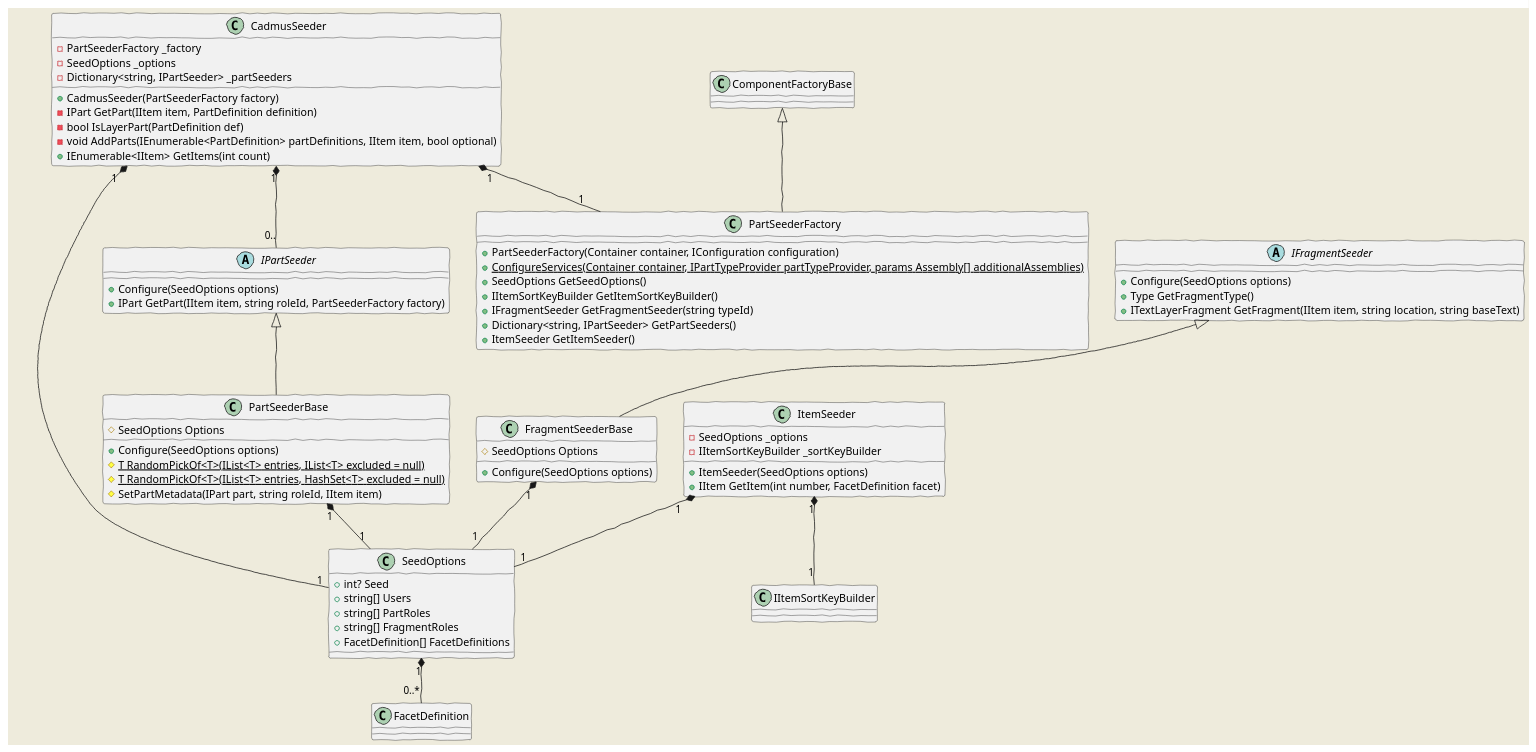
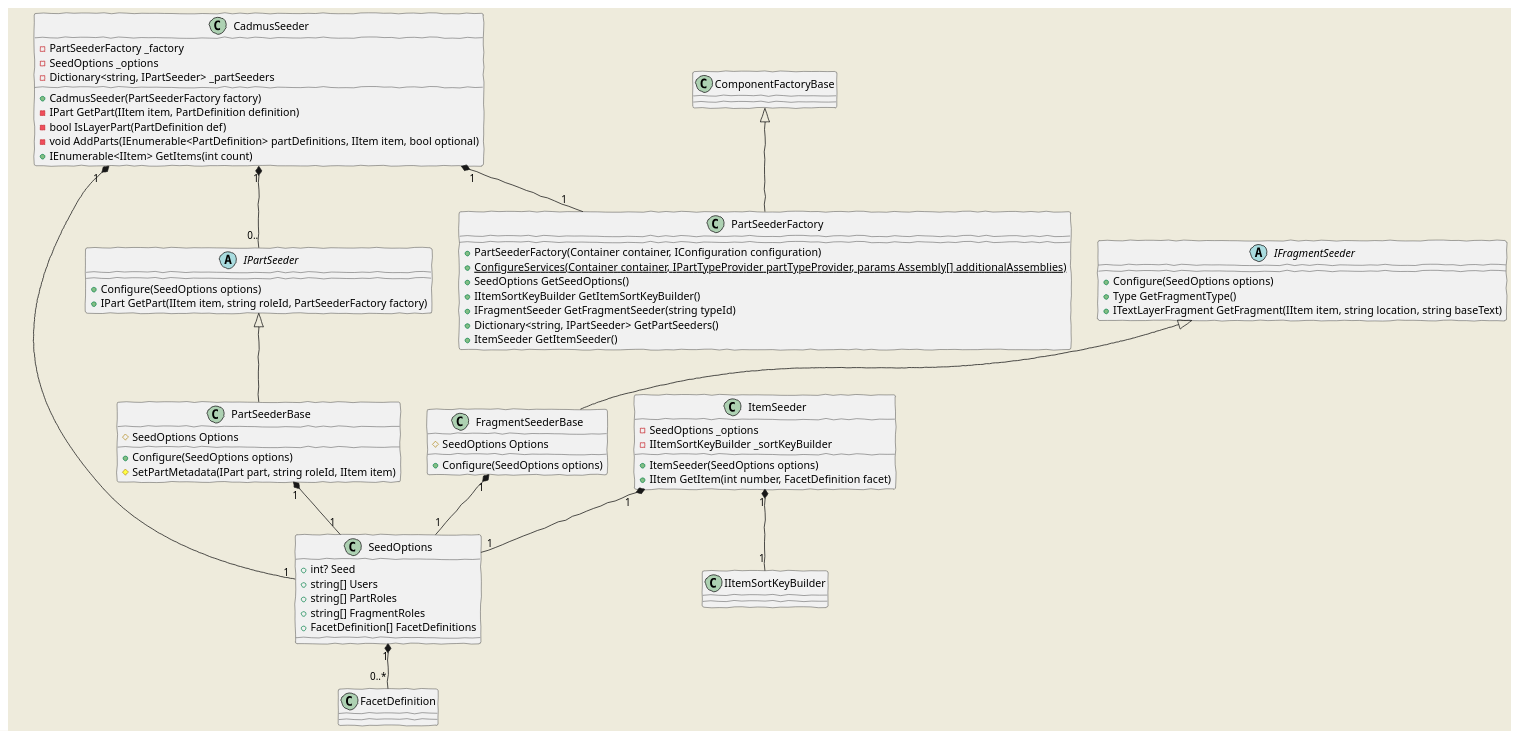
One commit to vedph/cadmus_core changed the diagram in Doc/seeding.md. Above: the diagram before and after it, drawn with PlantUML. The commit also changed 7 other files, not shown here.

````diff
--- a/Doc/seeding.md
+++ b/Doc/seeding.md
@@ -11,73 +11,71 @@
 ```plantuml
 @startuml
     skinparam backgroundColor #EEEBDC
     skinparam handwritten true
 
     SeedOptions "1"*--"0..*" FacetDefinition
 
     SeedOptions : +int? Seed
     SeedOptions : +string[] Users
     SeedOptions : +string[] PartRoles
     SeedOptions : +string[] FragmentRoles
     SeedOptions : +FacetDefinition[] FacetDefinitions
 
     ComponentFactoryBase <|-- PartSeederFactory
 
     PartSeederFactory : +PartSeederFactory(Container container, IConfiguration configuration)
     PartSeederFactory : +{static} ConfigureServices(Container container, IPartTypeProvider partTypeProvider, params Assembly[] additionalAssemblies)
     PartSeederFactory : +SeedOptions GetSeedOptions()
     PartSeederFactory : +IItemSortKeyBuilder GetItemSortKeyBuilder()
     PartSeederFactory : +IFragmentSeeder GetFragmentSeeder(string typeId)
     PartSeederFactory : +Dictionary<string, IPartSeeder> GetPartSeeders()
     PartSeederFactory : +ItemSeeder GetItemSeeder()
 
     ItemSeeder "1"*--"1" SeedOptions
     ItemSeeder "1"*--"1" IItemSortKeyBuilder
 
     ItemSeeder : -SeedOptions _options
     ItemSeeder : -IItemSortKeyBuilder _sortKeyBuilder
     ItemSeeder : +ItemSeeder(SeedOptions options)
     ItemSeeder : +IItem GetItem(int number, FacetDefinition facet)
 
     abstract class IPartSeeder
 
     IPartSeeder : +Configure(SeedOptions options)
     IPartSeeder : +IPart GetPart(IItem item, string roleId, PartSeederFactory factory)
 
     IPartSeeder <|-- PartSeederBase
 
     PartSeederBase "1"*--"1" SeedOptions
 
     PartSeederBase : #SeedOptions Options
     PartSeederBase : +Configure(SeedOptions options)
-    PartSeederBase : #{static} T RandomPickOf<T>(IList<T> entries, IList<T> excluded = null)
-    PartSeederBase : #{static} T RandomPickOf<T>(IList<T> entries, HashSet<T> excluded = null)
     PartSeederBase : #SetPartMetadata(IPart part, string roleId, IItem item)
 
     abstract class IFragmentSeeder
 
     IFragmentSeeder : +Configure(SeedOptions options)
     IFragmentSeeder : +Type GetFragmentType()
     IFragmentSeeder : +ITextLayerFragment GetFragment(IItem item, string location, string baseText)
 
     IFragmentSeeder <|-- FragmentSeederBase
 
     FragmentSeederBase "1"*--"1" SeedOptions
 
     FragmentSeederBase : #SeedOptions Options
     FragmentSeederBase : +Configure(SeedOptions options)
 
     CadmusSeeder "1"*--"1" PartSeederFactory
     CadmusSeeder "1"*--"1" SeedOptions
     CadmusSeeder "1"*--"0.." IPartSeeder
 
     CadmusSeeder : -PartSeederFactory _factory
     CadmusSeeder : -SeedOptions _options
     CadmusSeeder : -Dictionary<string, IPartSeeder> _partSeeders
     CadmusSeeder : +CadmusSeeder(PartSeederFactory factory)
     CadmusSeeder : -IPart GetPart(IItem item, PartDefinition definition)
     CadmusSeeder : -bool IsLayerPart(PartDefinition def)
     CadmusSeeder : -void AddParts(IEnumerable<PartDefinition> partDefinitions, IItem item, bool optional)
     CadmusSeeder : +IEnumerable<IItem> GetItems(int count)
 @enduml
 ```
````
